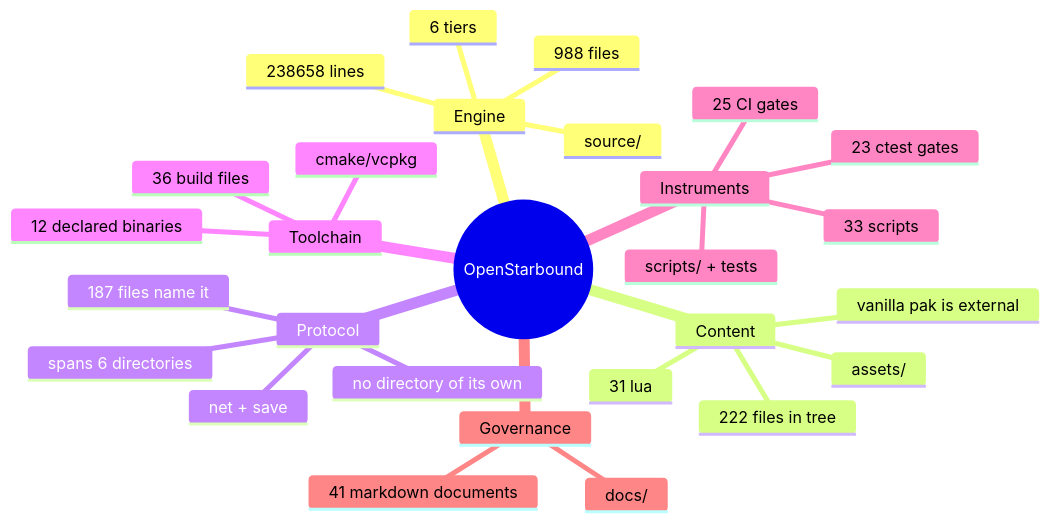
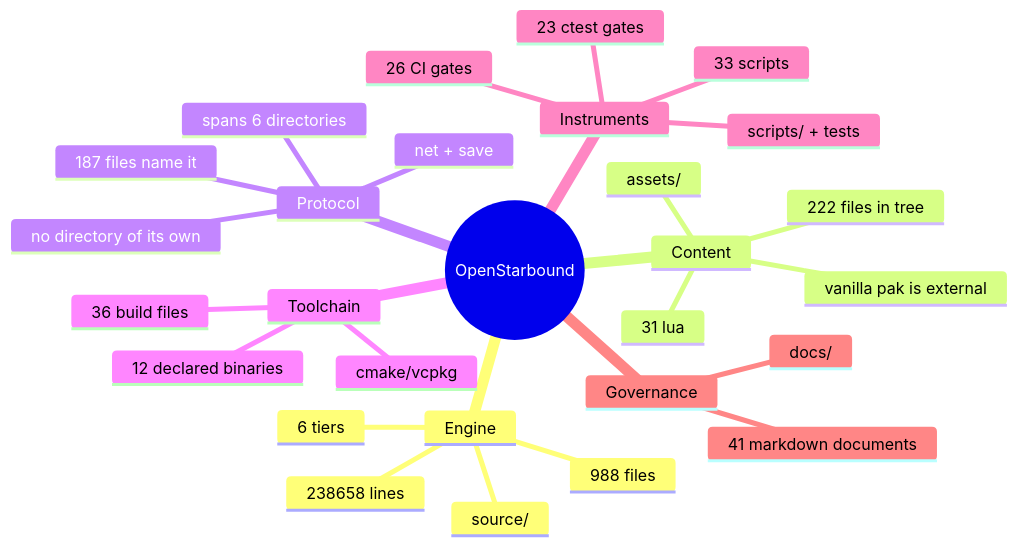
Before and after one commit to apnex/OpenStarbound: the second of 11 diagrams in docs/architecture/system-boundaries.md, drawn with Mermaid. The commit also changed 1 other file, not shown here.

Commit message:
gate: register render_gate_verdicts -- the render gate's own tolerance arms are now in the standing set [#223]

````diff
--- a/docs/architecture/system-boundaries.md
+++ b/docs/architecture/system-boundaries.md
@@ -166,31 +166,31 @@
 ```mermaid
 mindmap
   root((OpenStarbound))
     Engine
       source/
       988 files
       238658 lines
       6 tiers
     Content
       assets/
       222 files in tree
       31 lua
       vanilla pak is external
     Protocol
       net + save
       187 files name it
       spans 6 directories
       no directory of its own
     Toolchain
       cmake/vcpkg
       36 build files
       12 declared binaries
     Instruments
       scripts/ + tests
       33 scripts
       23 ctest gates
-      25 CI gates
+      26 CI gates
     Governance
       docs/
       41 markdown documents
 ```
````
